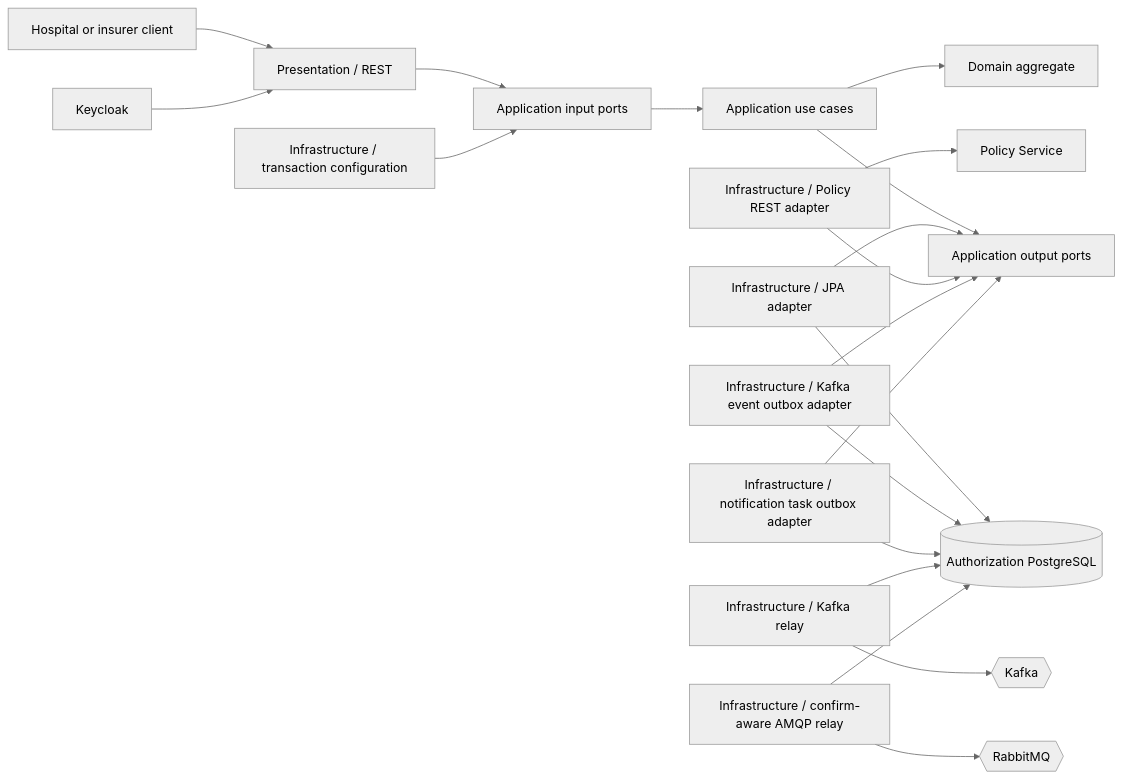
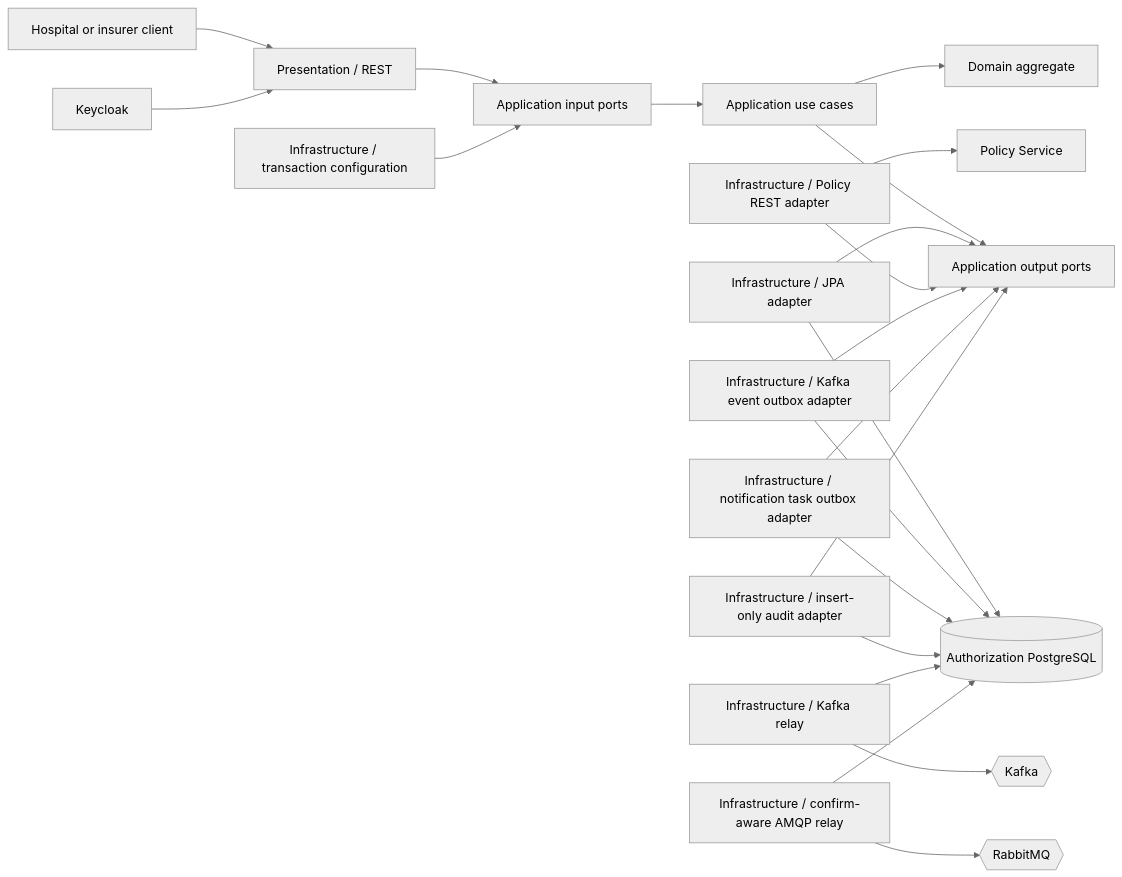
The first of 4 diagrams in docs/architecture/authorization-service.md (aydindemir1/health-insurance-platform), drawn with Mermaid (neutral theme) before and after one commit. The commit also changed other lines of this file and 4 other files, not shown here.

````diff
--- a/docs/architecture/authorization-service.md
+++ b/docs/architecture/authorization-service.md
@@ -5,22 +5,24 @@
 ```mermaid
 flowchart LR
     Client[Hospital or insurer client] --> Presentation[Presentation / REST]
     Presentation --> InputPorts[Application input ports]
     InputPorts --> UseCases[Application use cases]
     UseCases --> Domain[Domain aggregate]
     UseCases --> OutputPorts[Application output ports]
     Persistence[Infrastructure / JPA adapter] --> OutputPorts
     PolicyAdapter[Infrastructure / Policy REST adapter] --> OutputPorts
     EventOutbox[Infrastructure / Kafka event outbox adapter] --> OutputPorts
     TaskOutbox[Infrastructure / notification task outbox adapter] --> OutputPorts
+    AuditAdapter[Infrastructure / insert-only audit adapter] --> OutputPorts
     Relay[Infrastructure / Kafka relay] --> Kafka{{Kafka}}
     NotificationRelay[Infrastructure / confirm-aware AMQP relay] --> Rabbit{{RabbitMQ}}
     Persistence --> Database[(Authorization PostgreSQL)]
     PolicyAdapter --> Policy[Policy Service]
     EventOutbox --> Database
     TaskOutbox --> Database
+    AuditAdapter --> Database
     Relay --> Database
     NotificationRelay --> Database
     Configuration[Infrastructure / transaction configuration] --> InputPorts
     Keycloak[Keycloak] --> Presentation
 ```
````
